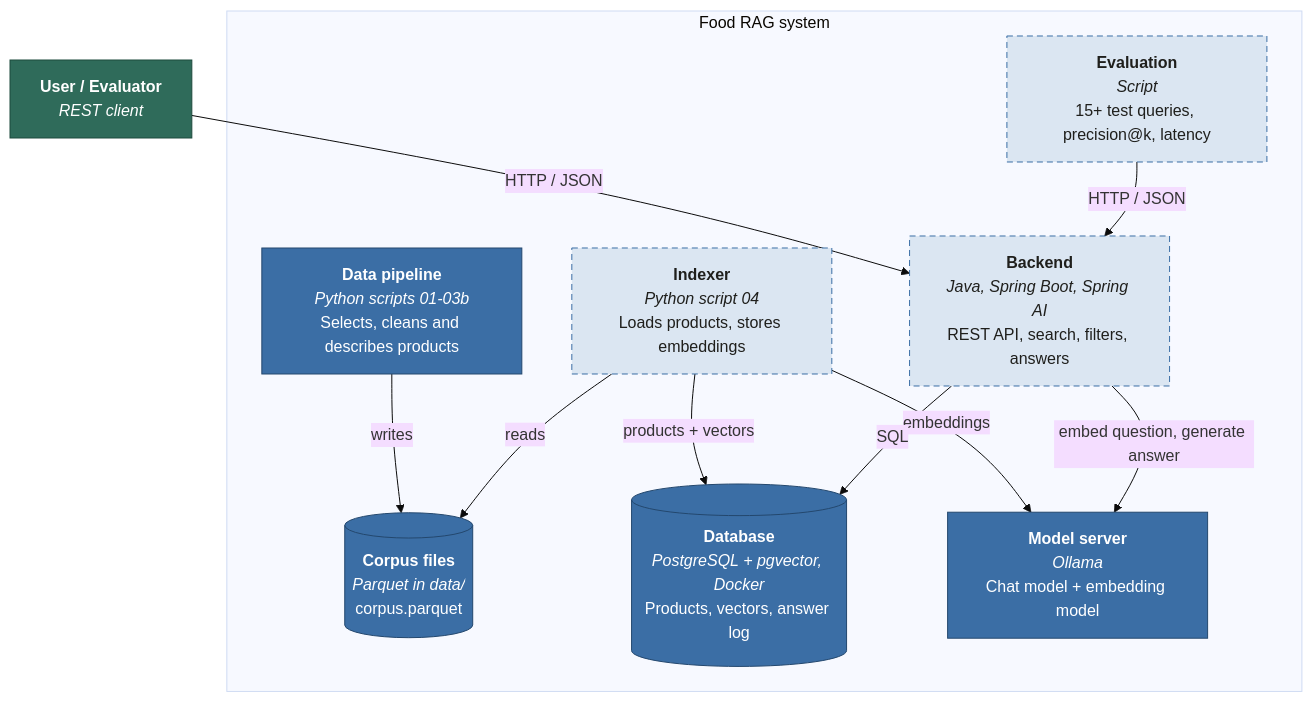
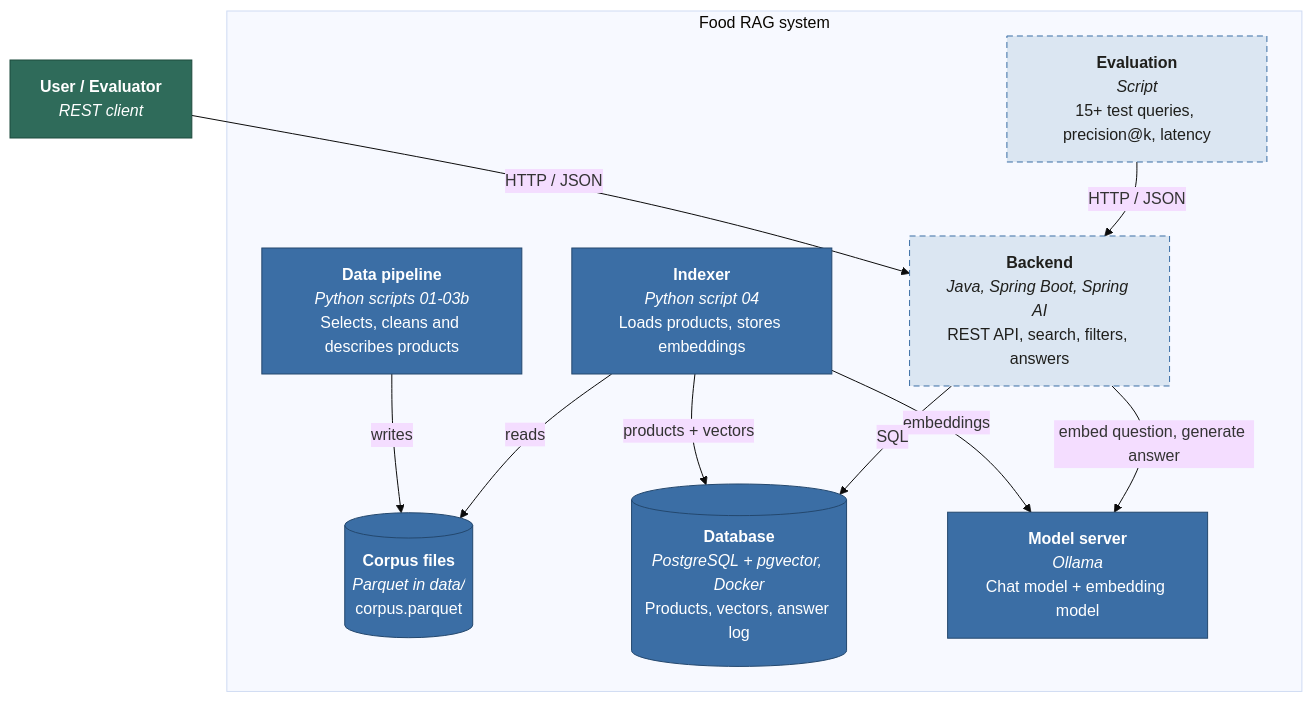
Before and after one commit to vmtoriia/rag-system: the second of 4 diagrams in docs/ARCHITECTURE.md, drawn with Mermaid (base theme). The commit also changed other lines of this file and 1 other file, not shown here.

````diff
--- a/docs/ARCHITECTURE.md
+++ b/docs/ARCHITECTURE.md
@@ -55,30 +55,30 @@
 ```mermaid
 flowchart TB
     client["<b>User / Evaluator</b><br/><i>REST client</i>"]
 
     subgraph sys ["Food RAG system"]
         pipeline["<b>Data pipeline</b><br/><i>Python scripts 01-03b</i><br/>Selects, cleans and describes products"]
         files[("<b>Corpus files</b><br/><i>Parquet in data/</i><br/>corpus.parquet")]
         indexer["<b>Indexer</b><br/><i>Python script 04</i><br/>Loads products, stores embeddings"]
         db[("<b>Database</b><br/><i>PostgreSQL + pgvector, Docker</i><br/>Products, vectors, answer log")]
         backend["<b>Backend</b><br/><i>Java, Spring Boot, Spring AI</i><br/>REST API, search, filters, answers"]
         ollama["<b>Model server</b><br/><i>Ollama</i><br/>Chat model + embedding model"]
         evalr["<b>Evaluation</b><br/><i>Script</i><br/>15+ test queries, precision@k, latency"]
     end
 
     pipeline -- "writes" --> files
     indexer -- "reads" --> files
     indexer -- "embeddings" --> ollama
     indexer -- "products + vectors" --> db
     client -- "HTTP / JSON" --> backend
     evalr -- "HTTP / JSON" --> backend
     backend -- "SQL" --> db
     backend -- "embed question, generate answer" --> ollama
 
     classDef person fill:#2f6b5a,stroke:#1d4a3d,color:#ffffff
     classDef done fill:#3b6ea5,stroke:#24486e,color:#ffffff
     classDef planned fill:#dbe6f2,stroke:#3b6ea5,color:#1f1f1c,stroke-dasharray:6 4
     class client person
-    class pipeline,files,db,ollama done
-    class indexer,backend,evalr planned
+    class pipeline,files,indexer,db,ollama done
+    class backend,evalr planned
 ```
````
